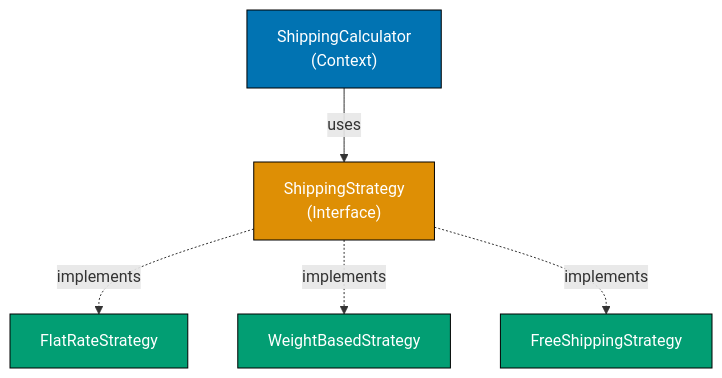
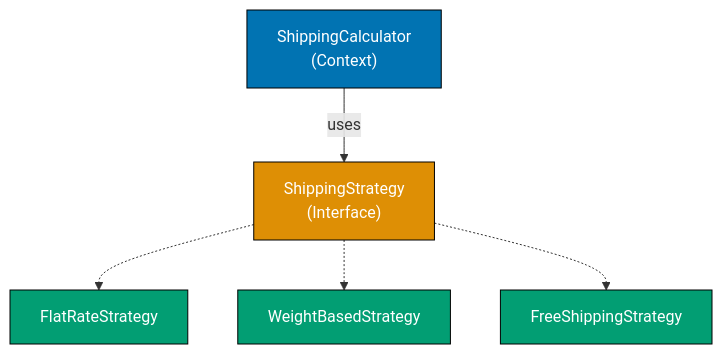
One commit to wahidyankf/open-sharia-enterprise changed the fourth of 10 diagrams in apps/ayokoding-web/content/en/learn/software-engineering/architecture/by-example/intermediate.md. Above: the diagram before and after it, drawn with Mermaid. The commit also changed other lines of this file and 16 other files, not shown here.

First line of the commit message:
fix(content): fix 46 pre-existing Mermaid violations in tutorial files

````diff
--- a/apps/ayokoding-web/content/en/learn/software-engineering/architecture/by-example/intermediate.md
+++ b/apps/ayokoding-web/content/en/learn/software-engineering/architecture/by-example/intermediate.md
@@ -606,20 +606,20 @@
 ```mermaid
 %% Color Palette: Blue #0173B2, Orange #DE8F05, Teal #029E73, Purple #CC78BC, Brown #CA9161
 graph TD
     A["ShippingCalculator<br/>(Context)"]
     B["ShippingStrategy<br/>(Interface)"]
     C["FlatRateStrategy"]
     D["WeightBasedStrategy"]
     E["FreeShippingStrategy"]
 
-    A -->|uses| B
-    B -.->|implements| C
-    B -.->|implements| D
-    B -.->|implements| E
+    A -- uses --> B
+    B -.-> C
+    B -.-> D
+    B -.-> E
 
     style A fill:#0173B2,stroke:#000,color:#fff
     style B fill:#DE8F05,stroke:#000,color:#fff
     style C fill:#029E73,stroke:#000,color:#fff
     style D fill:#029E73,stroke:#000,color:#fff
     style E fill:#029E73,stroke:#000,color:#fff
 ```
````
